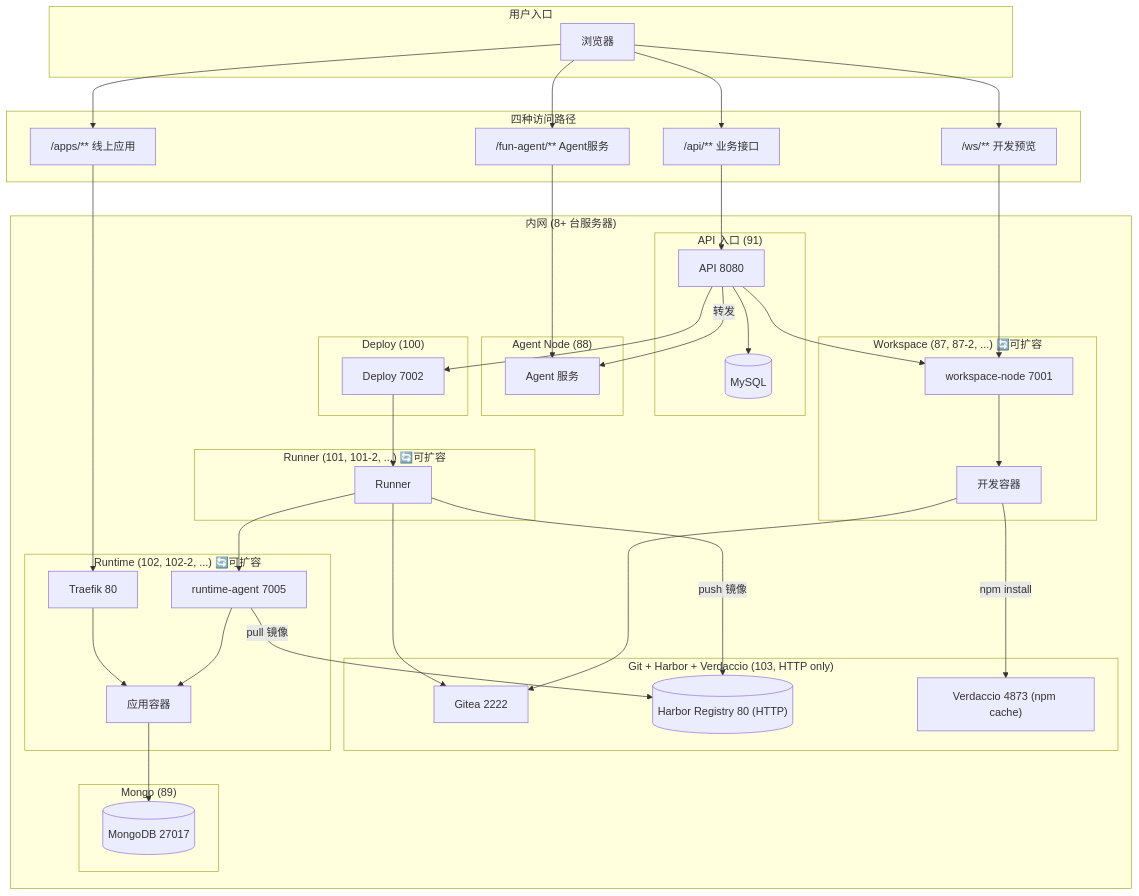
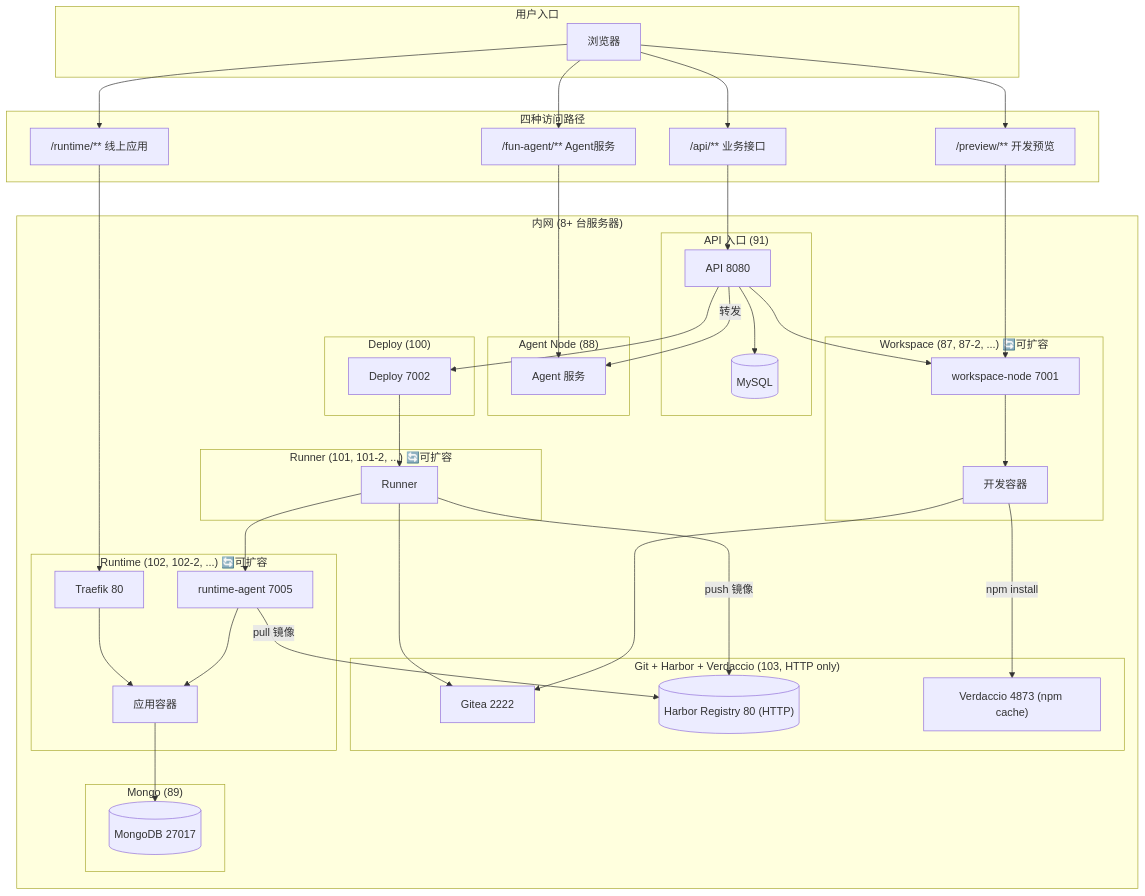
Before and after one commit to ruiAndroid/fun-ai-studio-api: the first of 4 diagrams in src/main/resources/doc/domains/architecture/README.md, drawn with Mermaid. The commit also changed other lines of this file and 30 other files, not shown here.

````diff
--- a/src/main/resources/doc/domains/architecture/README.md
+++ b/src/main/resources/doc/domains/architecture/README.md
@@ -31,75 +31,75 @@
 ```mermaid
 flowchart TB
     subgraph User["用户入口"]
         Browser["浏览器"]
     end
 
     subgraph Routes["四种访问路径"]
         R1["/api/** 业务接口"]
-        R2["/ws/** 开发预览"]
-        R3["/apps/** 线上应用"]
+        R2["/preview/** 开发预览"]
+        R3["/runtime/** 线上应用"]
         R4["/fun-agent/** Agent服务"]
     end
 
     subgraph Infra["内网 (8+ 台服务器)"]
         subgraph S91["API 入口 (91)"]
             API["API 8080"]
             MySQL[("MySQL")]
         end
 
         subgraph S88["Agent Node (88)"]
             AgentService["Agent 服务"]
         end
 
         subgraph S87["Workspace (87, 87-2, ...) 🔄可扩容"]
             WsNode["workspace-node 7001"]
             WsCtn["开发容器"]
         end
 
         subgraph S100["Deploy (100)"]
             Deploy["Deploy 7002"]
         end
 
         subgraph S101["Runner (101, 101-2, ...) 🔄可扩容"]
             Runner["Runner"]
         end
 
     subgraph S103["Git + Harbor + Verdaccio (103, HTTP only)"]
             Gitea["Gitea 2222"]
             Harbor[("Harbor Registry 80 (HTTP)")]
             Verdaccio["Verdaccio 4873 (npm cache)"]
         end
 
         subgraph S102["Runtime (102, 102-2, ...) 🔄可扩容"]
             Agent["runtime-agent 7005"]
             Traefik["Traefik 80"]
             AppCtn["应用容器"]
         end
 
         subgraph S89["Mongo (89)"]
             MongoDB[("MongoDB 27017")]
         end
     end
 
     Browser --> R1 & R2 & R3 & R4
     R1 --> API
     R2 --> WsNode --> WsCtn
     R3 --> Traefik --> AppCtn
     R4 --> AgentService
 
     API --> MySQL
     API -->|转发| AgentService
     API --> WsNode
     API --> Deploy
 
     Deploy --> Runner
     Runner --> Gitea
     Runner -->|push 镜像| Harbor
     Runner --> Agent
     Agent -->|pull 镜像| Harbor
     Agent --> AppCtn
     AppCtn --> MongoDB
 
     WsCtn --> Gitea
     WsCtn -->|npm install| Verdaccio
 ```
````
